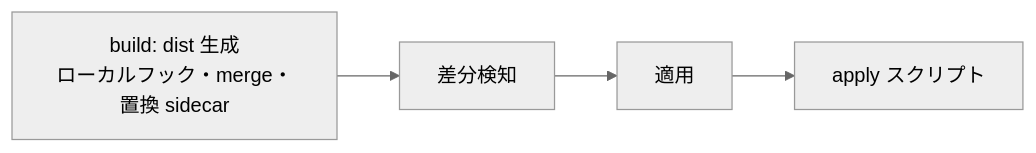
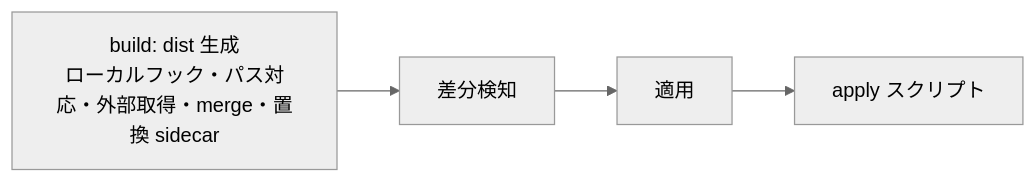
Before and after one commit to CatBraaain/dotfiles: the diagram in dotfiles-manager/SPEC.md, drawn with Mermaid (neutral theme). The commit also changed other lines of this file and 13 other files, not shown here.

````diff
--- a/dotfiles-manager/SPEC.md
+++ b/dotfiles-manager/SPEC.md
@@ -14,6 +14,6 @@
 ```mermaid
 flowchart LR
-  A[build: dist 生成<br>ローカルフック・merge・置換 sidecar] --> B[差分検知]
+  A[build: dist 生成<br>ローカルフック・パス対応・外部取得・merge・置換 sidecar] --> B[差分検知]
   B --> D[適用]
   D --> E[apply スクリプト]
 ```
````
